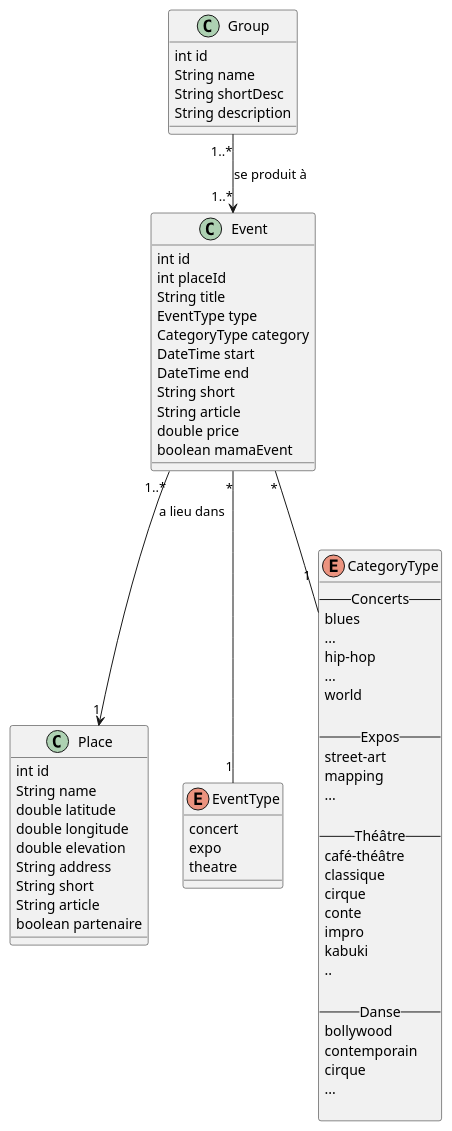
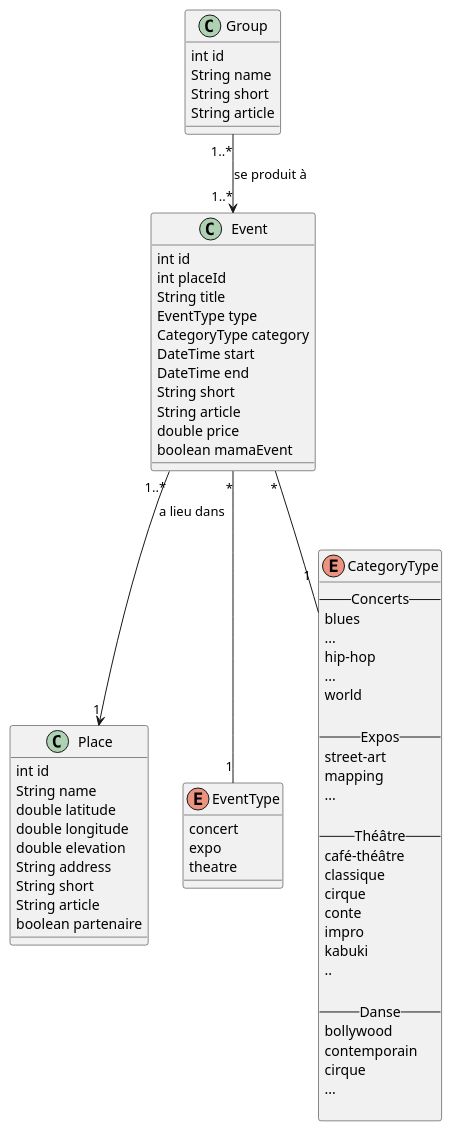
One commit to yomat/mamasound changed the diagram in doc/UML/diagramme de classe.puml. Above: the diagram before and after it, drawn with PlantUML. The commit also changed 4 other files, not shown here.

Commit message:
update schema

```diff
--- a/doc/UML/diagramme de classe.puml
+++ b/doc/UML/diagramme de classe.puml
@@ -1,76 +1,76 @@
 @startuml
 
 class Event {
     int id
     int placeId
     String title
     EventType type
     CategoryType category
     DateTime start
     DateTime end
     String short
     String article
     double price
     boolean mamaEvent
 }
 
 class Group {
     int id
     String name
-    String shortDesc
-    String description
+    String short
+    String article
 }
 
 class Place {
     int id
     String name
     double latitude
     double longitude
     double elevation
     String address
     String short
     String article
     boolean partenaire
 }
 
 enum EventType {
     concert
     expo
     theatre
 }
 enum CategoryType {
 --Concerts--
     blues
     ...
     hip-hop
     ...
     world
 
 --Expos--
     street-art
     mapping
     ...
 
 --Théâtre--
     café-théâtre
     classique
     cirque
     conte
     impro
     kabuki
     ..
 
 --Danse--
     bollywood
     contemporain
     cirque
     ...
 
 }
 
 Group --> Event: "1..*" se produit à "1..*"
 Event --> Place: "1..*" a lieu dans "1"
 Event -- EventType: "*" "1"
 Event -- CategoryType: "*" "1"
 
 @enduml
```
